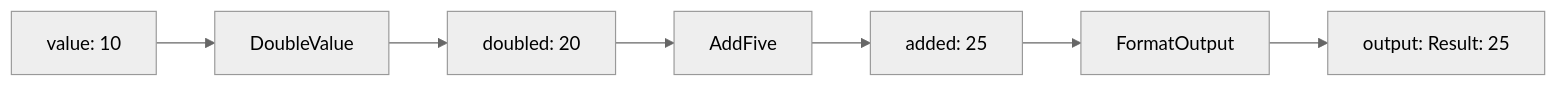
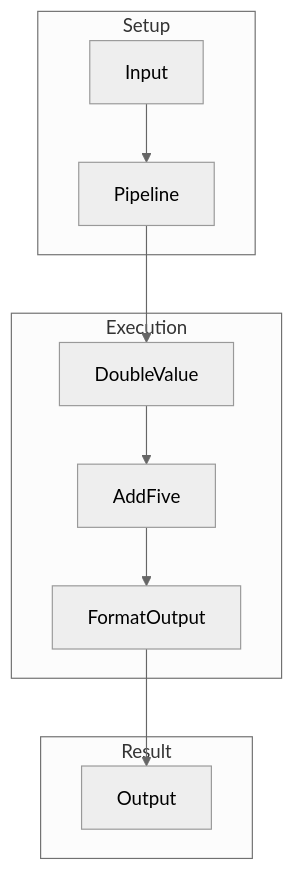
The third of 5 diagrams in examples/01_basic_pipeline/02_class_steps/README.md (wisrovi/wpipe), drawn with Mermaid (neutral theme) before and after one commit. The commit also changed other lines of this file and 182 other files, not shown here.

First line of the commit message:
Add type hints, docstrings, and Mermaid diagrams to all examples

````diff
--- a/examples/01_basic_pipeline/02_class_steps/README.md
+++ b/examples/01_basic_pipeline/02_class_steps/README.md
@@ -7,6 +39,23 @@
 ```mermaid
-flowchart LR
-    A[value: 10] --> B[DoubleValue] --> C[doubled: 20]
-    C --> D[AddFive] --> E[added: 25]
-    E --> F[FormatOutput] --> G[output: Result: 25]
+graph TB
+    subgraph Setup
+        A[Input]
+        B[Pipeline]
+    end
+    
+    subgraph Execution
+        C[DoubleValue]
+        D[AddFive]
+        E[FormatOutput]
+    end
+    
+    subgraph Result
+        F[Output]
+    end
+    
+    A --> B
+    B --> C
+    C --> D
+    D --> E
+    E --> F
 ```
````
